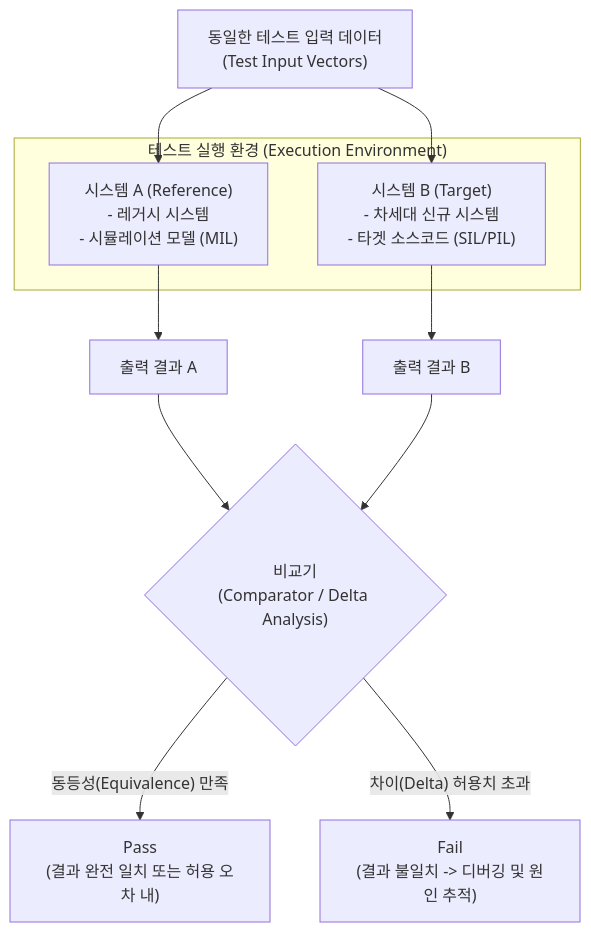
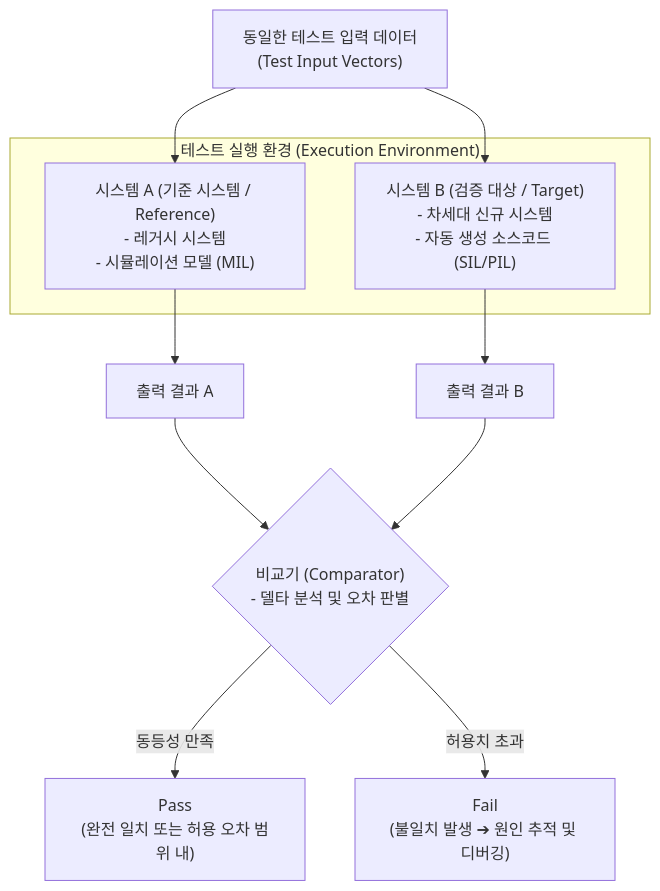
The diagram in content/01_IT Tech/Back to Back 테스트.md (supremethumb/supremethumb.github.io), drawn with Mermaid before and after one commit. The commit also changed other lines of this file and 362 other files, not shown here.

````diff
--- a/content/01_IT Tech/Back to Back 테스트.md
+++ b/content/01_IT Tech/Back to Back 테스트.md
@@ -29,29 +31,28 @@
 ```mermaid
 flowchart TD
     INPUT["동일한 테스트 입력 데이터<br/>(Test Input Vectors)"]
     
     subgraph "테스트 실행 환경 (Execution Environment)"
-        SYS_A["시스템 A (Reference)<br/>- 레거시 시스템<br/>- 시뮬레이션 모델 (MIL)"]
-        SYS_B["시스템 B (Target)<br/>- 차세대 신규 시스템<br/>- 타겟 소스코드 (SIL/PIL)"]
+        SYS_A["시스템 A (기준 시스템 / Reference)<br/>- 레거시 시스템<br/>- 시뮬레이션 모델 (MIL)"]
+        SYS_B["시스템 B (검증 대상 / Target)<br/>- 차세대 신규 시스템<br/>- 자동 생성 소스코드 (SIL/PIL)"]
     end
     
     OUT_A["출력 결과 A"]
     OUT_B["출력 결과 B"]
     
-    COMP{"비교기<br/>(Comparator / Delta Analysis)"}
-    PASS["Pass<br/>(결과 완전 일치 또는 허용 오차 내)"]
-    FAIL["Fail<br/>(결과 불일치 -> 디버깅 및 원인 추적)"]
+    COMP{"비교기 (Comparator)<br/>- 델타 분석 및 오차 판별"}
+    PASS["Pass<br/>(완전 일치 또는 허용 오차 범위 내)"]
+    FAIL["Fail<br/>(불일치 발생 ➔ 원인 추적 및 디버깅)"]
     
     INPUT --> SYS_A
     INPUT --> SYS_B
     
     SYS_A --> OUT_A
     SYS_B --> OUT_B
     
     OUT_A --> COMP
     OUT_B --> COMP
     
-    COMP -->|"동등성(Equivalence) 만족"| PASS
-    COMP -->|"차이(Delta) 허용치 초과"| FAIL
-
+    COMP -->|"동등성 만족"| PASS
+    COMP -->|"허용치 초과"| FAIL
 ```
````
